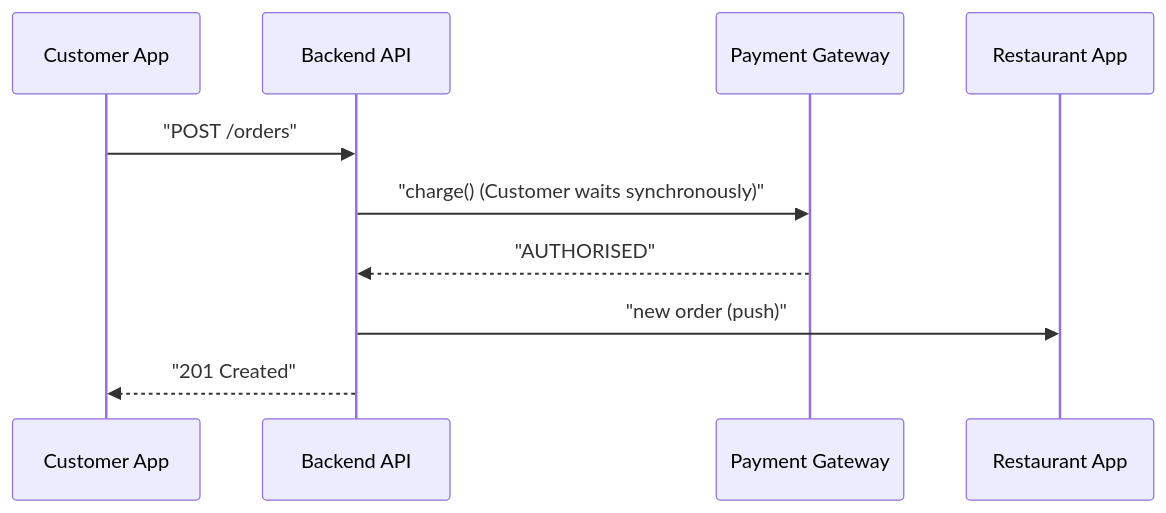
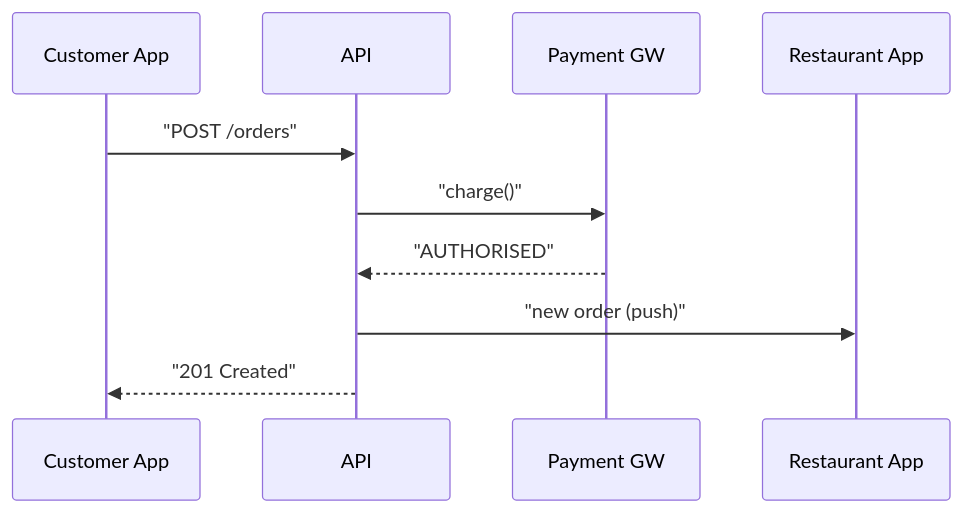
The second of 6 diagrams in Software Architecture/Midterm/study.md (SthNoWork/Y3-S1-Lessons), drawn with Mermaid before and after one commit. The commit also changed other lines of this file and 8 other files, not shown here.

````diff
--- a/Software Architecture/Midterm/study.md
+++ b/Software Architecture/Midterm/study.md
@@ -341,13 +284,13 @@
 ```mermaid
 sequenceDiagram
   participant CA as Customer App
-  participant API as Backend API
-  participant PG as Payment Gateway
+  participant API as API
+  participant PG as Payment GW
   participant RA as Restaurant App
 
   CA->>API: "POST /orders"
-  API->>PG: "charge() (Customer waits synchronously)"
+  API->>PG: "charge()"
   PG-->>API: "AUTHORISED"
   API->>RA: "new order (push)"
   API-->>CA: "201 Created"
 ```
````
